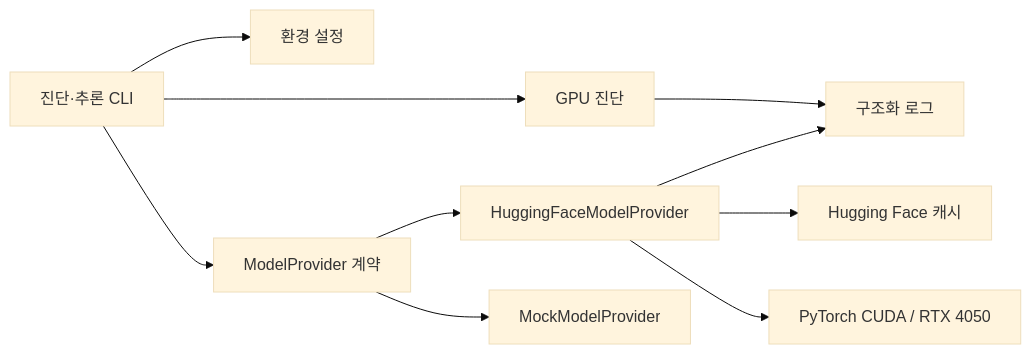
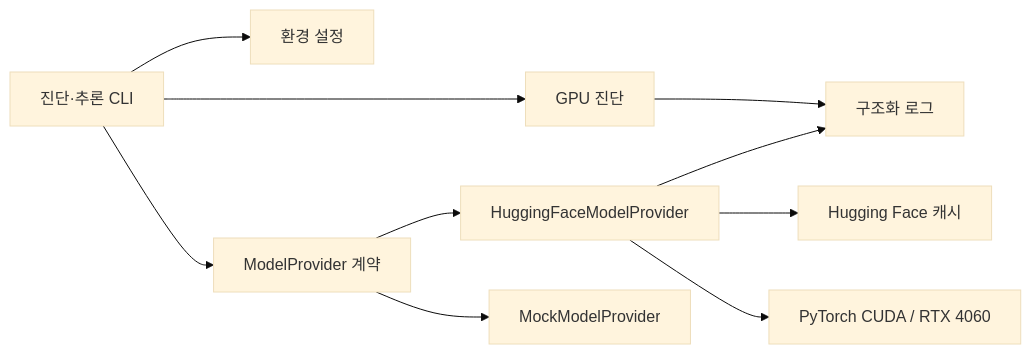
One commit to jngbnss/local-ai-cad changed the diagram in docs/phase-1-design.md. Above: the diagram before and after it, drawn with Mermaid (base theme). The commit also changed other lines of this file and 1 other file, not shown here.

````diff
--- a/docs/phase-1-design.md
+++ b/docs/phase-1-design.md
@@ -59,12 +67,12 @@
 ```mermaid
 flowchart LR
     CLI[진단·추론 CLI] --> Settings[환경 설정]
     CLI --> Runtime[GPU 진단]
     CLI --> Provider[ModelProvider 계약]
     Provider --> HF[HuggingFaceModelProvider]
     Provider --> Mock[MockModelProvider]
     HF --> Cache[Hugging Face 캐시]
-    HF --> CUDA[PyTorch CUDA / RTX 4050]
+    HF --> CUDA[PyTorch CUDA / RTX 4060]
     Runtime --> Log[구조화 로그]
     HF --> Log
 ```
````
